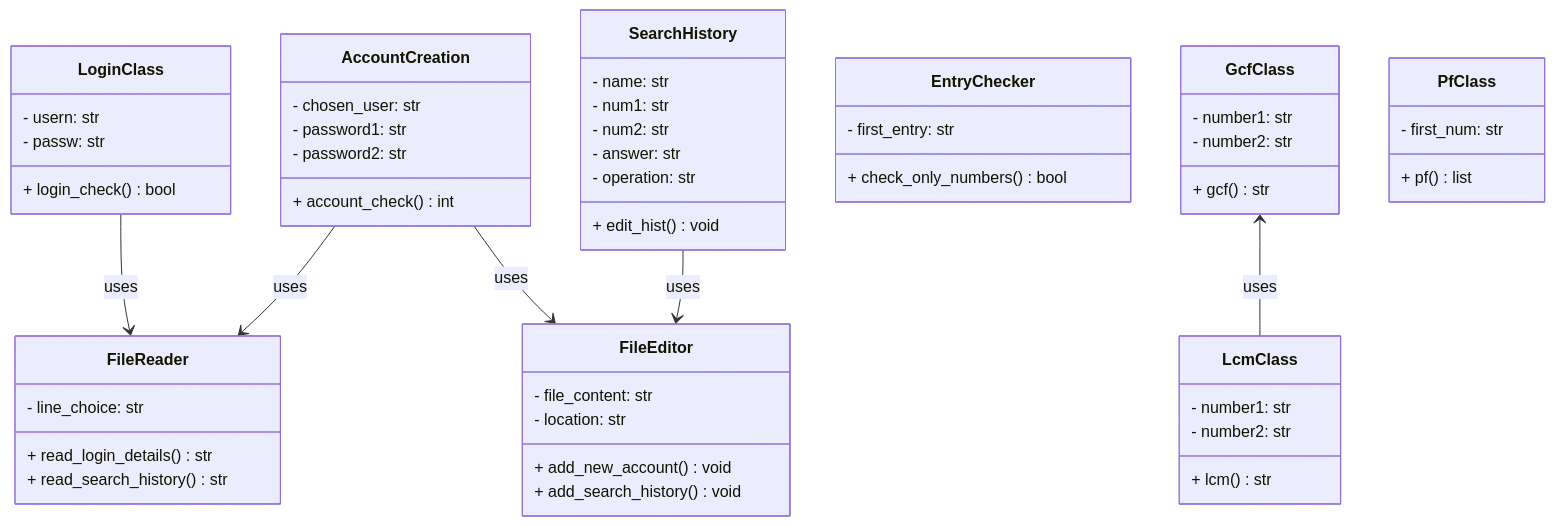
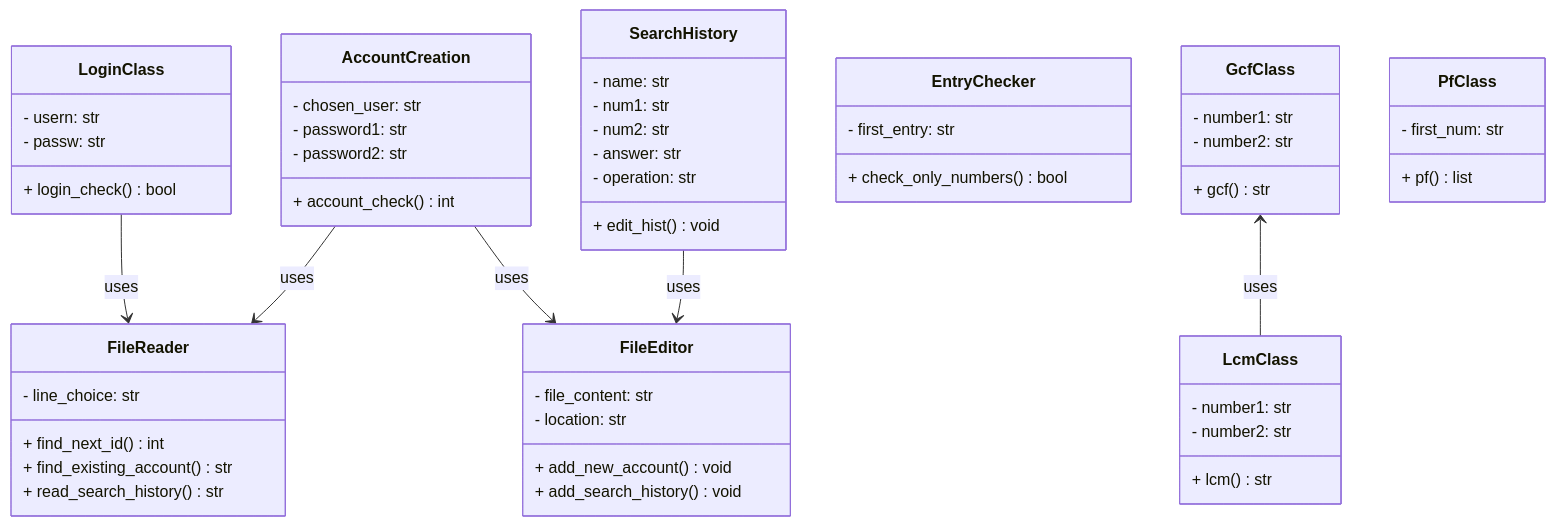
The first of 2 diagrams in dokumentaatio/arkkitehtuuri.md (SouperSalamander/ot-harjoitustyo), drawn with Mermaid before and after one commit. The commit also changed other lines of this file, not shown here.

````diff
--- a/dokumentaatio/arkkitehtuuri.md
+++ b/dokumentaatio/arkkitehtuuri.md
@@ -3,66 +3,67 @@
 ```mermaid
 classDiagram
   class LoginClass {
     - usern: str
     - passw: str
     + login_check() bool
   }
 
   class AccountCreation {
     - chosen_user: str
     - password1: str
     - password2: str
     + account_check() int
   }
 
   class FileReader {
     - line_choice: str
-    + read_login_details() str
+    + find_next_id() int
+    + find_existing_account() str
     + read_search_history() str
   }
 
   class FileEditor {
     - file_content: str
     - location: str
     + add_new_account() void
     + add_search_history() void
   }
 
   class SearchHistory {
     - name: str
     - num1: str
     - num2: str
     - answer: str
     - operation: str
     + edit_hist() void
   }
 
   class EntryChecker {
     - first_entry: str
     + check_only_numbers() bool
   }
 
   class GcfClass {
     - number1: str
     - number2: str
     + gcf() str
   }
 
   class LcmClass {
     - number1: str
     - number2: str
     + lcm() str
   }
 
   class PfClass {
     - first_num: str
     + pf() list
   }
 
   LoginClass --> FileReader: uses
   AccountCreation --> FileEditor: uses
   AccountCreation --> FileReader: uses
   SearchHistory --> FileEditor: uses
   GcfClass <-- LcmClass: uses
 
 ```
````
